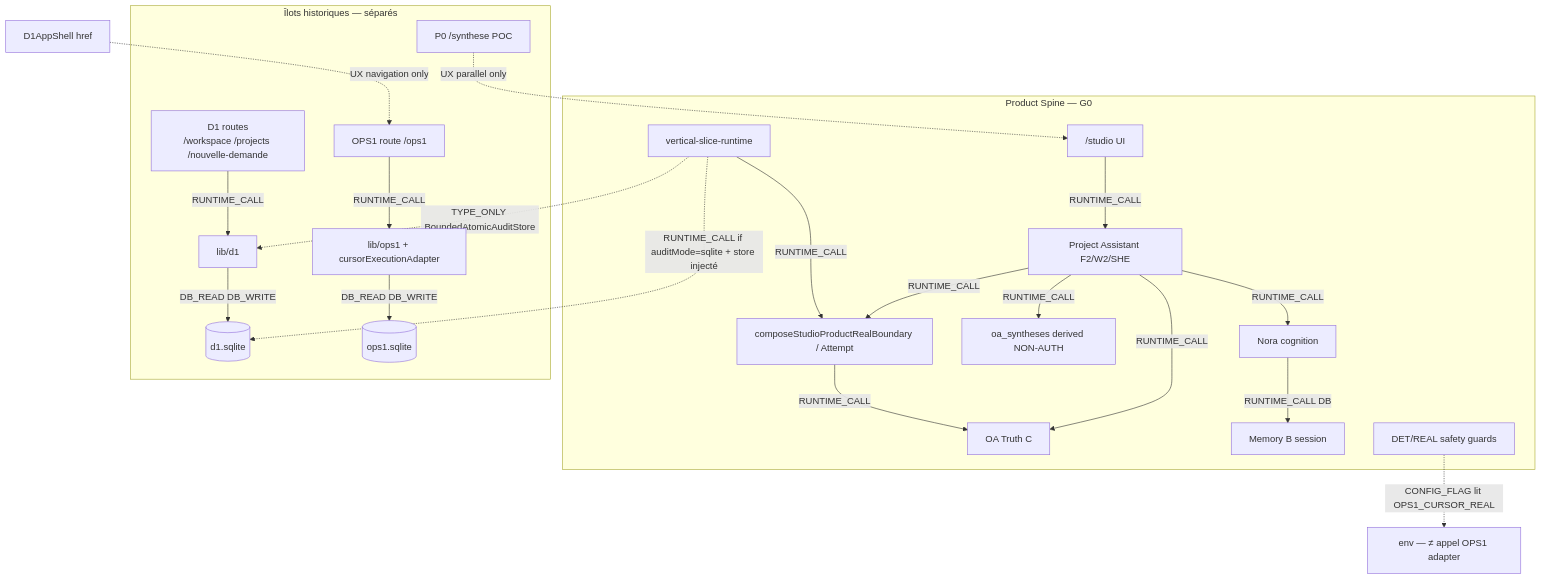
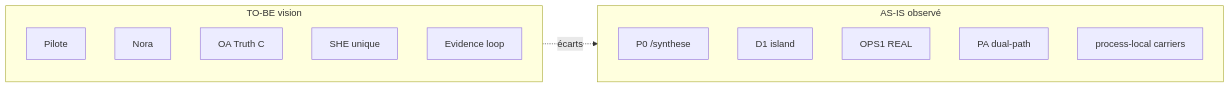
Before and after one commit to mcleland147/sfia-workspace: the first of 3 diagrams in sfia-review-handoff/latest-chatgpt-review.md, drawn with Mermaid. The commit also changed other lines of this file, not shown here.

Commit message:
docs(review-handoff): AKG-M4-A T-A06 critical architecture alignment

````diff
--- a/sfia-review-handoff/latest-chatgpt-review.md
+++ b/sfia-review-handoff/latest-chatgpt-review.md
@@ -154,40 +318,18 @@
 ```mermaid
-flowchart TB
-  subgraph Product["Product Spine — G0"]
-    Studio["/studio UI"]
-    PA[Project Assistant F2/W2/SHE]
-    Nora[Nora cognition]
+flowchart LR
+  subgraph VISION["TO-BE vision"]
+    P[Pilote]
+    N[Nora]
     OA[OA Truth C]
-    SYN[oa_syntheses derived NON-AUTH]
-    MemB[Memory B session]
-    VSR[vertical-slice-runtime]
-    REAL[composeStudioProductRealBoundary / Attempt]
-    Safety[DET/REAL safety guards]
+    SHE[SHE unique]
+    EV[Evidence loop]
   end
-  subgraph Islands["Îlots historiques — séparés"]
-    D1Routes["D1 routes<br/>/workspace /projects /nouvelle-demande"]
-    D1Svc[lib/d1]
-    D1DB[(d1.sqlite)]
-    OPS1Routes["OPS1 route /ops1"]
-    OPS1Svc[lib/ops1 + cursorExecutionAdapter]
-    OPS1DB[(ops1.sqlite)]
-    P0[P0 /synthese POC]
+  subgraph ASIS["AS-IS observé"]
+    P0[P0 /synthese]
+    D1[D1 island]
+    OPS1[OPS1 REAL]
+    PA[PA dual-path]
+    PL[process-local carriers]
   end
-  Studio -->|RUNTIME_CALL| PA
-  PA -->|RUNTIME_CALL| OA
-  PA -->|RUNTIME_CALL| Nora
-  Nora -->|RUNTIME_CALL DB| MemB
-  PA -->|RUNTIME_CALL| SYN
-  PA -->|RUNTIME_CALL| REAL
-  VSR -->|RUNTIME_CALL| REAL
-  REAL -->|RUNTIME_CALL| OA
-  D1Routes -->|RUNTIME_CALL| D1Svc
-  D1Svc -->|DB_READ DB_WRITE| D1DB
-  OPS1Routes -->|RUNTIME_CALL| OPS1Svc
-  OPS1Svc -->|DB_READ DB_WRITE| OPS1DB
-  VSR -.->|TYPE_ONLY BoundedAtomicAuditStore| D1Svc
-  VSR -.->|RUNTIME_CALL if auditMode=sqlite + store injecté| D1DB
-  Safety -.->|CONFIG_FLAG lit OPS1_CURSOR_REAL| EnvFlag[env — ≠ appel OPS1 adapter]
-  P0 -.->|UX parallel only| Studio
-  D1Nav[D1AppShell href] -.->|UX navigation only| OPS1Routes
+  VISION -.->|écarts| ASIS
 ```
````
